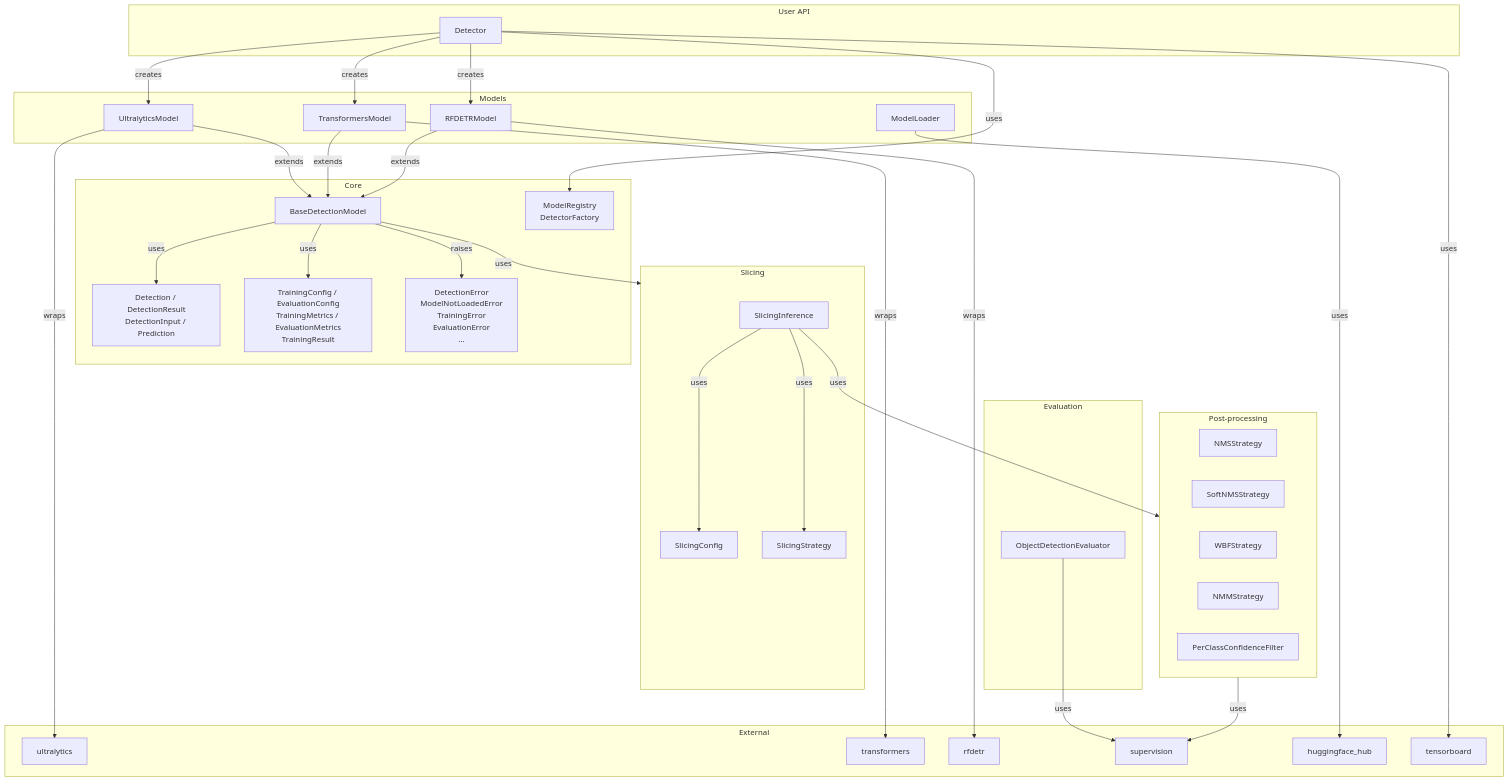
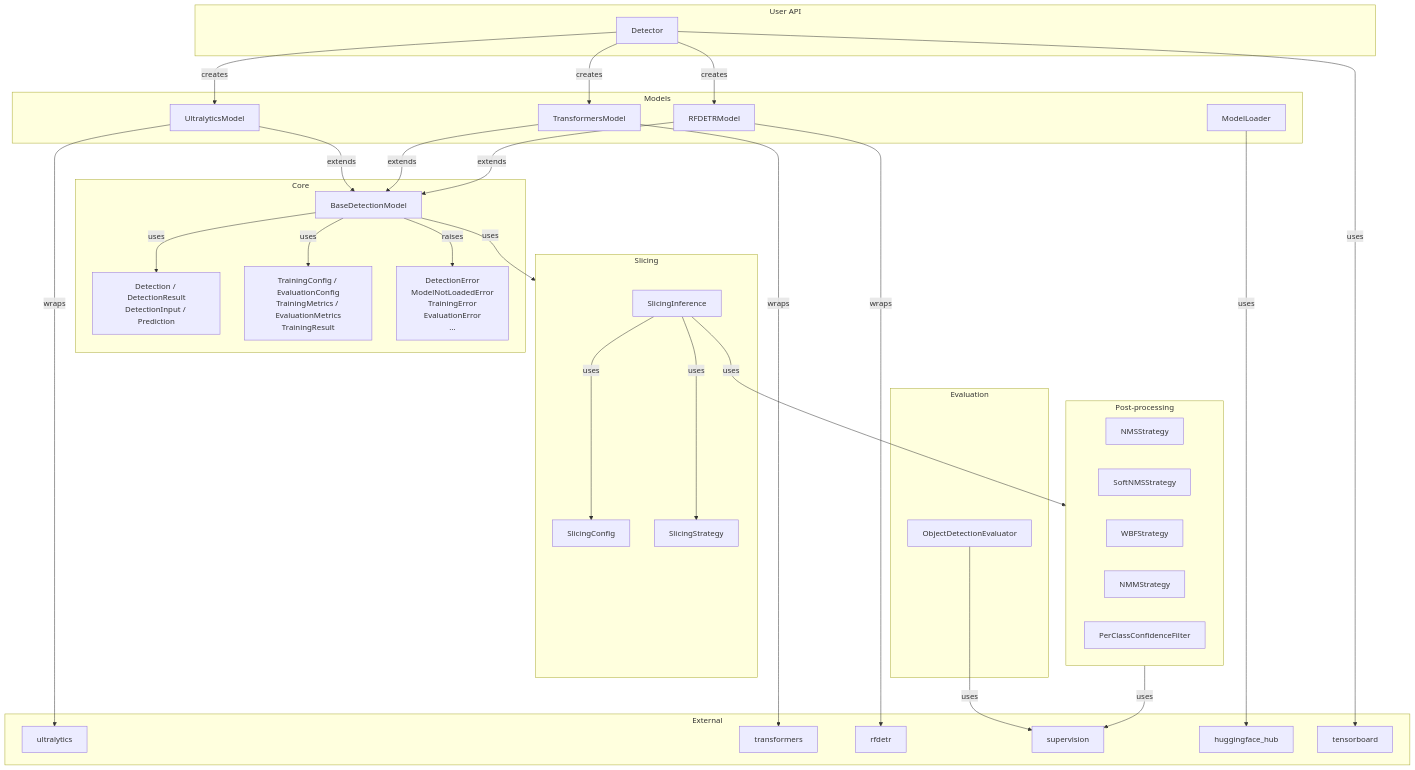
One commit to Black-Bee-Drones/nectar-sdk changed the first of 5 diagrams in nectar/nectar/ai/detection/README.md. Above: the diagram before and after it, drawn with Mermaid. The commit also changed other lines of this file and 3 other files, not shown here.

Commit message:
refactor: remove ModelRegistry and DetectorFactory from detection module

````diff
--- a/nectar/nectar/ai/detection/README.md
+++ b/nectar/nectar/ai/detection/README.md
@@ -7,75 +7,73 @@
 ```mermaid
 flowchart TB
     subgraph API["User API"]
         Detector["Detector"]
     end
 
     subgraph Core["Core"]
         BDM["BaseDetectionModel"]
         Types["Detection / DetectionResult<br/>DetectionInput / Prediction"]
         Configs["TrainingConfig / EvaluationConfig<br/>TrainingMetrics / EvaluationMetrics<br/>TrainingResult"]
-        Registry["ModelRegistry<br/>DetectorFactory"]
         Exceptions["DetectionError<br/>ModelNotLoadedError<br/>TrainingError<br/>EvaluationError<br/>..."]
     end
 
     subgraph Models["Models"]
         UM["UltralyticsModel"]
         TM["TransformersModel"]
         RM["RFDETRModel"]
         ML["ModelLoader"]
     end
 
     subgraph Slicing["Slicing"]
         SI["SlicingInference"]
         SC["SlicingConfig"]
         SS["SlicingStrategy"]
     end
 
     subgraph PostProcess["Post-processing"]
         NMS["NMSStrategy"]
         SoftNMS["SoftNMSStrategy"]
         WBF["WBFStrategy"]
         NMM["NMMStrategy"]
         PCF["PerClassConfidenceFilter"]
     end
 
     subgraph Evaluation["Evaluation"]
         ODE["ObjectDetectionEvaluator"]
     end
 
     subgraph External["External"]
         YOLO["ultralytics"]
         HF["transformers"]
         RF["rfdetr"]
         SV["supervision"]
         HFH["huggingface_hub"]
         TB["tensorboard"]
     end
 
     Detector -->|creates| UM
     Detector -->|creates| TM
     Detector -->|creates| RM
-    Detector -->|uses| Registry
 
     UM -->|extends| BDM
     TM -->|extends| BDM
     RM -->|extends| BDM
 
     BDM -->|uses| Types
     BDM -->|uses| Configs
     BDM -->|uses| Slicing
     BDM -->|raises| Exceptions
 
     SI -->|uses| SC
     SI -->|uses| SS
     SI -->|uses| PostProcess
 
     UM -->|wraps| YOLO
     TM -->|wraps| HF
     RM -->|wraps| RF
 
     ODE -->|uses| SV
     PostProcess -->|uses| SV
     ML -->|uses| HFH
     Detector -->|uses| TB
 ```
````
